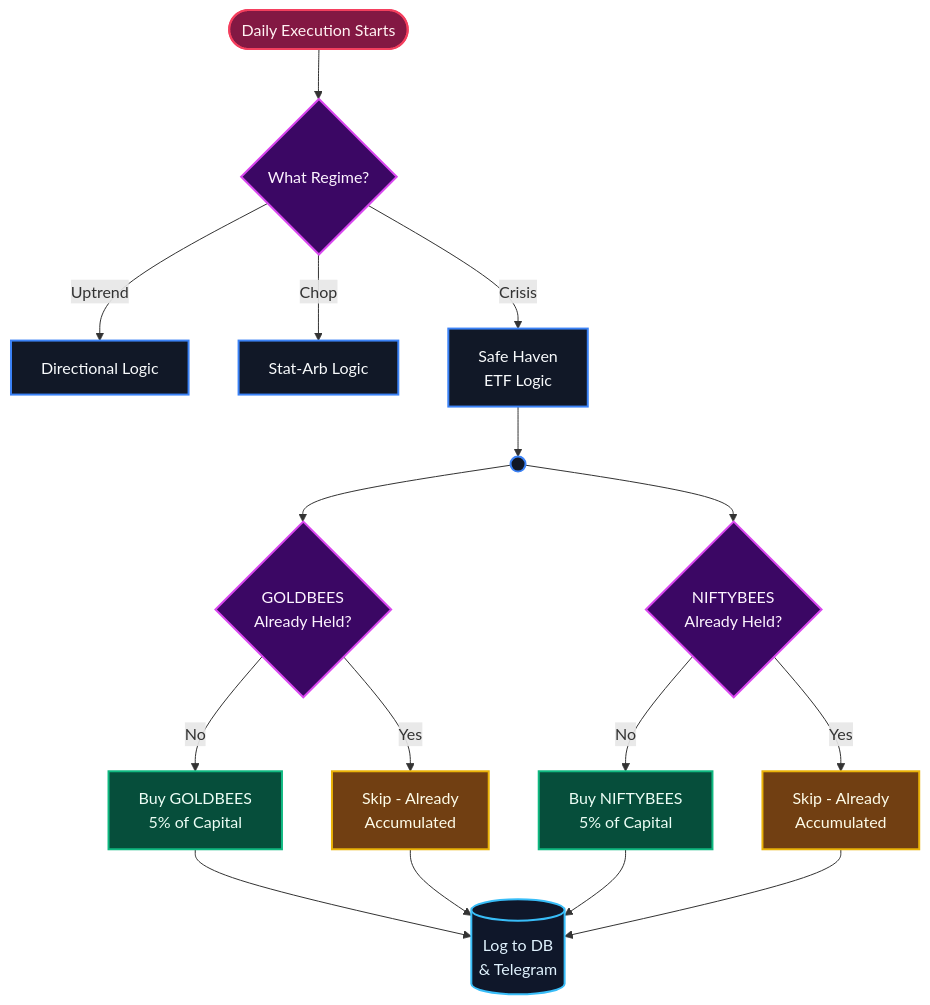
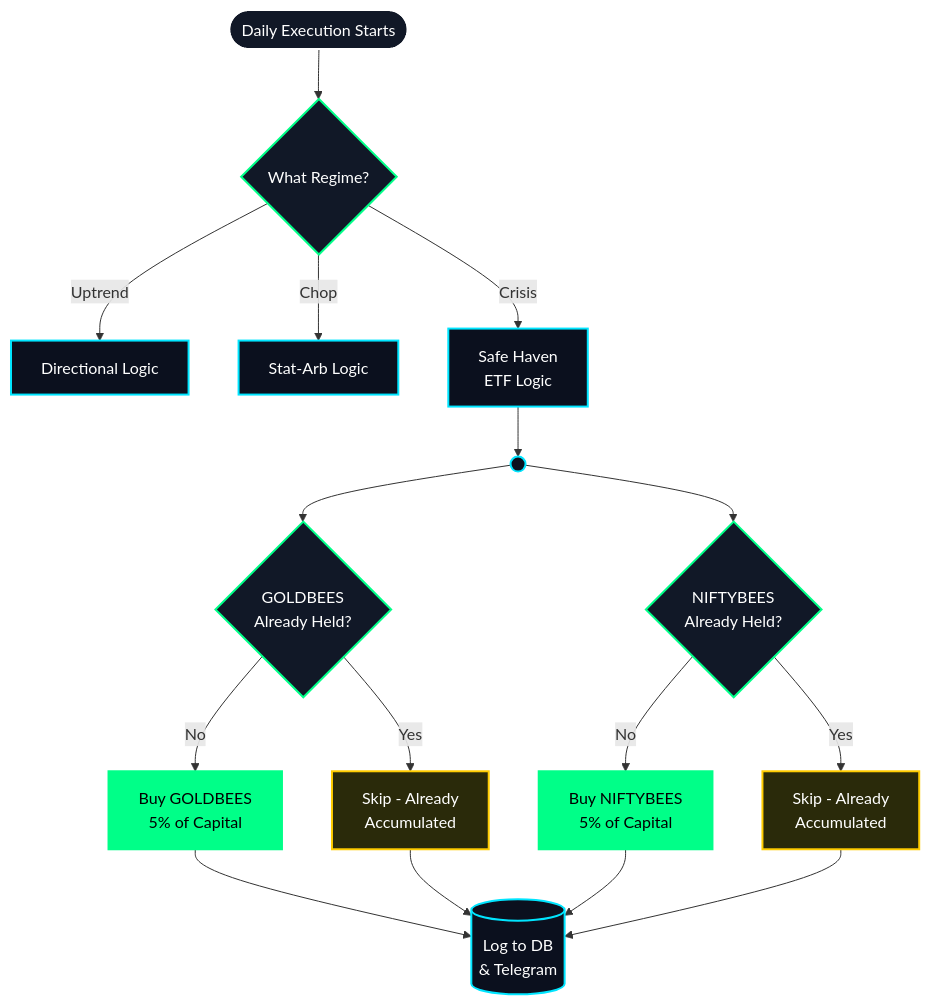
One commit to SaiSiddharthBS/MarketAnalyser changed the fifth of 5 diagrams in README.md. Above: the diagram before and after it, drawn with Mermaid. The commit also changed other lines of this file, not shown here.

Commit message:
docs: Convert Mindmap to Graph LR, use HTML breaks, and match exact UI colors to fix clipping

````diff
--- a/README.md
+++ b/README.md
@@ -337,37 +341,37 @@
 ```mermaid
 flowchart TD
     Start([Daily Execution Starts]) --> Regime{What Regime?}
     
     Regime -->|Uptrend| Dir[Directional Logic]
     Regime -->|Chop| Arb[Stat-Arb Logic]
-    Regime -->|Crisis| Safe[Safe Haven\nETF Logic]
+    Regime -->|Crisis| Safe[Safe Haven<br/>ETF Logic]
 
     Safe --> Split(( ))
 
-    Split --> Gold{"GOLDBEES\nAlready Held?"}
-    Split --> Nifty{"NIFTYBEES\nAlready Held?"}
+    Split --> Gold{"GOLDBEES<br/>Already Held?"}
+    Split --> Nifty{"NIFTYBEES<br/>Already Held?"}
 
-    Gold -->|No| BuyG["Buy GOLDBEES\n5% of Capital"]
-    Gold -->|Yes| SkipG["Skip - Already\nAccumulated"]
+    Gold -->|No| BuyG["Buy GOLDBEES<br/>5% of Capital"]
+    Gold -->|Yes| SkipG["Skip - Already<br/>Accumulated"]
 
-    Nifty -->|No| BuyN["Buy NIFTYBEES\n5% of Capital"]
-    Nifty -->|Yes| SkipN["Skip - Already\nAccumulated"]
+    Nifty -->|No| BuyN["Buy NIFTYBEES<br/>5% of Capital"]
+    Nifty -->|Yes| SkipN["Skip - Already<br/>Accumulated"]
 
-    BuyG --> Log[("Log to DB\n& Telegram")]
+    BuyG --> Log[("Log to DB<br/>& Telegram")]
     SkipG --> Log
     BuyN --> Log
     SkipN --> Log
 
-    classDef default fill:#111827,stroke:#3b82f6,stroke-width:2px,color:#f8fafc;
-    classDef decision fill:#3b0764,stroke:#d946ef,stroke-width:2px,color:#fdf4ff;
-    classDef action fill:#064e3b,stroke:#10b981,stroke-width:2px,color:#ecfdf5;
-    classDef ignore fill:#713f12,stroke:#eab308,stroke-width:2px,color:#fefce8;
-    classDef entry fill:#831843,stroke:#f43f5e,stroke-width:2px,color:#fff1f2,rx:20,ry:20;
-    classDef db fill:#0f172a,stroke:#38bdf8,stroke-width:2px,color:#e0f2fe;
+    classDef default fill:#0b101e,stroke:#00e5ff,stroke-width:2px,color:#ffffff;
+    classDef decision fill:#111827,stroke:#00ff88,stroke-width:2px,color:#ffffff;
+    classDef action fill:#00ff88,stroke:#00ff88,stroke-width:2px,color:#000000;
+    classDef ignore fill:#2a2a0a,stroke:#ffcc00,stroke-width:2px,color:#ffffff;
+    classDef entry fill:#111827,stroke:#ffffff,stroke-width:2px,color:#ffffff;
+    classDef db fill:#0b101e,stroke:#00e5ff,stroke-width:2px,color:#ffffff;
 
     class Start entry;
     class Regime,Gold,Nifty decision;
     class BuyG,BuyN action;
     class SkipG,SkipN ignore;
     class Log db;
 ```
````
